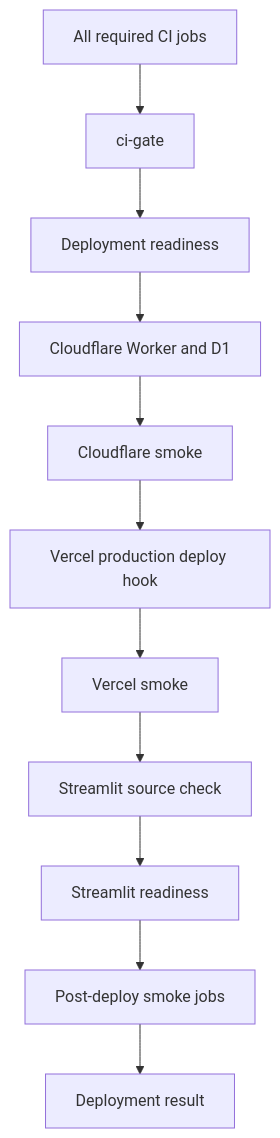
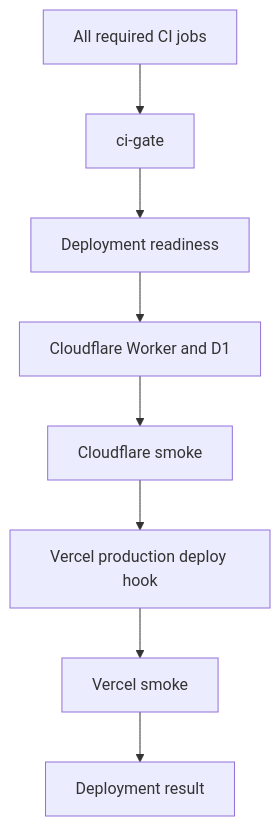
One commit to Thavarshan/enterprise-knowledge-assistant changed the diagram in docs/ci-cd.md. Above: the diagram before and after it, drawn with Mermaid. The commit also changed other lines of this file and 14 other files, not shown here.

Commit message:
ci: remove Streamlit smoke pipeline

````diff
--- a/docs/ci-cd.md
+++ b/docs/ci-cd.md
@@ -26,13 +26,10 @@
 ```mermaid
 flowchart TD
   checks[All required CI jobs] --> gate[ci-gate]
   gate --> readiness[Deployment readiness]
   readiness --> cf[Cloudflare Worker and D1]
   cf --> cfs[Cloudflare smoke]
   cfs --> vs[Vercel production deploy hook]
   vs --> vss[Vercel smoke]
-  vss --> sp[Streamlit source check]
-  sp --> sr[Streamlit readiness]
-  sr --> ps[Post-deploy smoke jobs]
-  ps --> result[Deployment result]
+  vss --> result[Deployment result]
 ```
````
